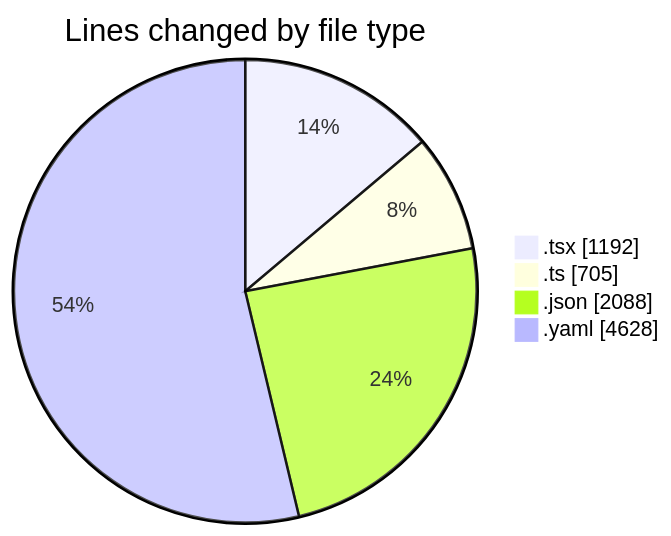
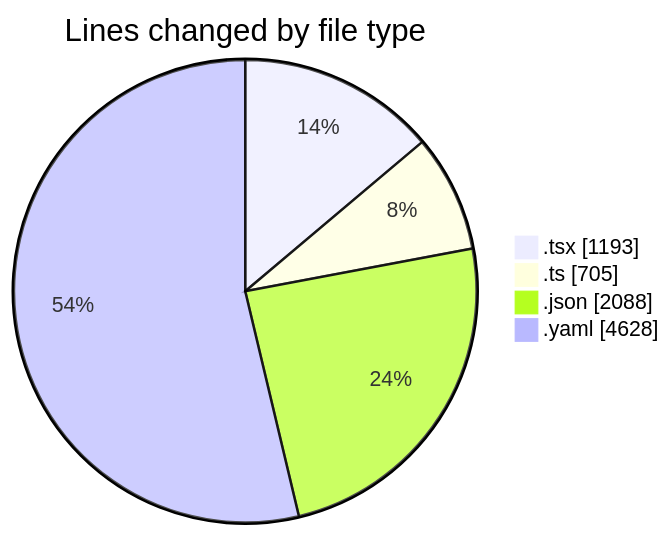
The first of 2 diagrams in 2025-10-31/eventscop-frontend-guide__workspace_/README.md (julien-gomy/code-tracking), drawn with Mermaid before and after one commit. The commit also changed other lines of this file and 1 other file, not shown here.

````diff
--- a/2025-10-31/eventscop-frontend-guide__workspace_/README.md
+++ b/2025-10-31/eventscop-frontend-guide__workspace_/README.md
@@ -33,8 +33,8 @@
 ```mermaid
 pie showData
 title Lines changed by file type
-".tsx" : 1192
+".tsx" : 1193
 ".ts" : 705
 ".json" : 2088
 ".yaml" : 4628
 ```
````
